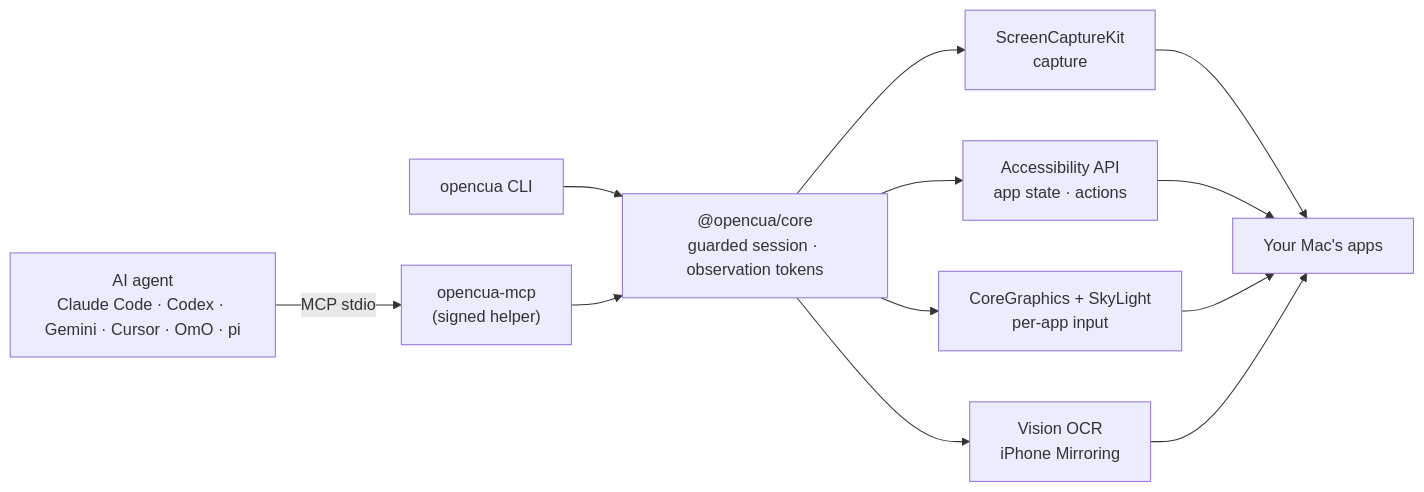
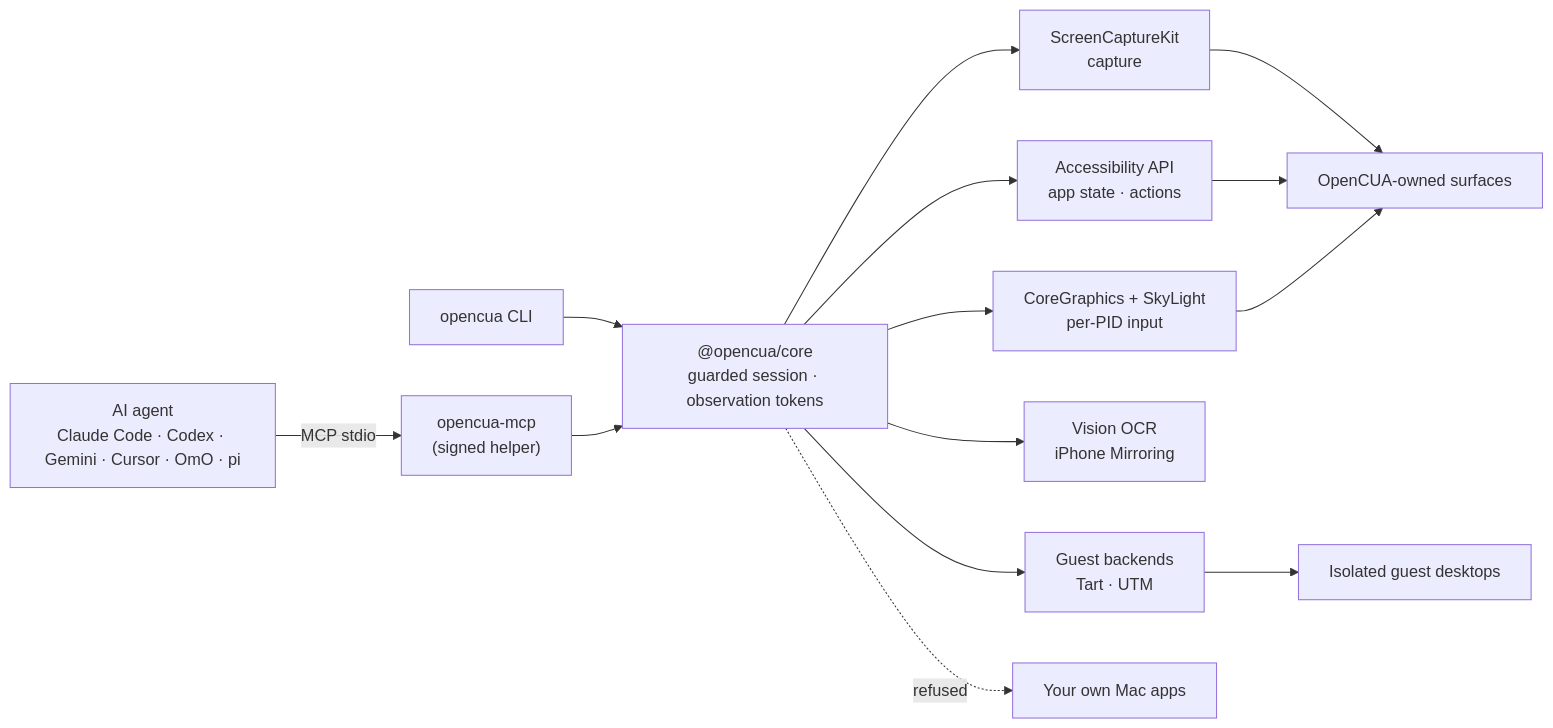
Before and after one commit to trac3r00/apple-cua: the diagram in README.md, drawn with Mermaid. The commit also changed other lines of this file and 2 other files, not shown here.

````diff
--- a/README.md
+++ b/README.md
@@ -294,11 +295,14 @@
 ```mermaid
 flowchart LR
     A["AI agent<br/>Claude Code · Codex · Gemini · Cursor · OmO · pi"] -->|MCP stdio| M["opencua-mcp<br/>(signed helper)"]
     C["opencua CLI"] --> K
     M --> K["@opencua/core<br/>guarded session · observation tokens"]
     K --> S["ScreenCaptureKit<br/>capture"]
     K --> X["Accessibility API<br/>app state · actions"]
-    K --> G["CoreGraphics + SkyLight<br/>per-app input"]
+    K --> G["CoreGraphics + SkyLight<br/>per-PID input"]
     K --> V["Vision OCR<br/>iPhone Mirroring"]
-    S & X & G & V --> APPS["Your Mac's apps"]
+    K --> T["Guest backends<br/>Tart · UTM"]
+    S & X & G --> OWN["OpenCUA-owned surfaces"]
+    T --> GUEST["Isolated guest desktops"]
+    K -. refused .-> HOST["Your own Mac apps"]
 ```
````
